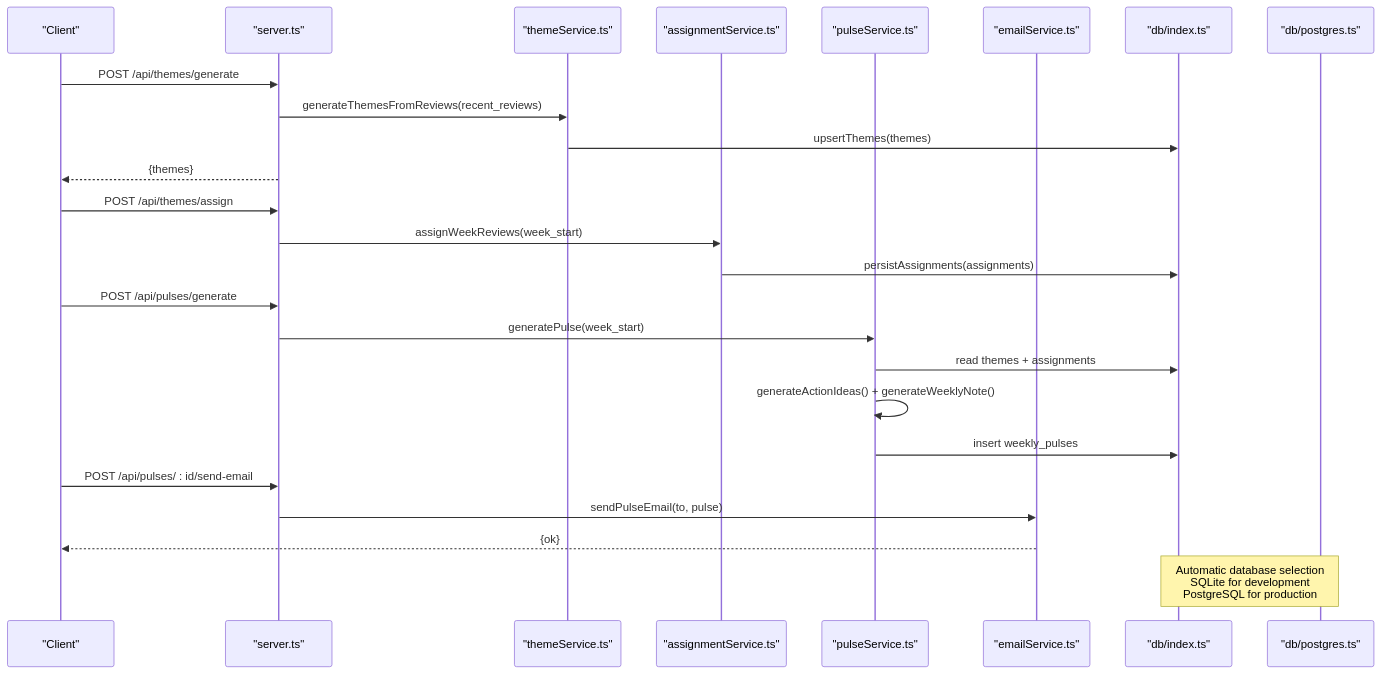
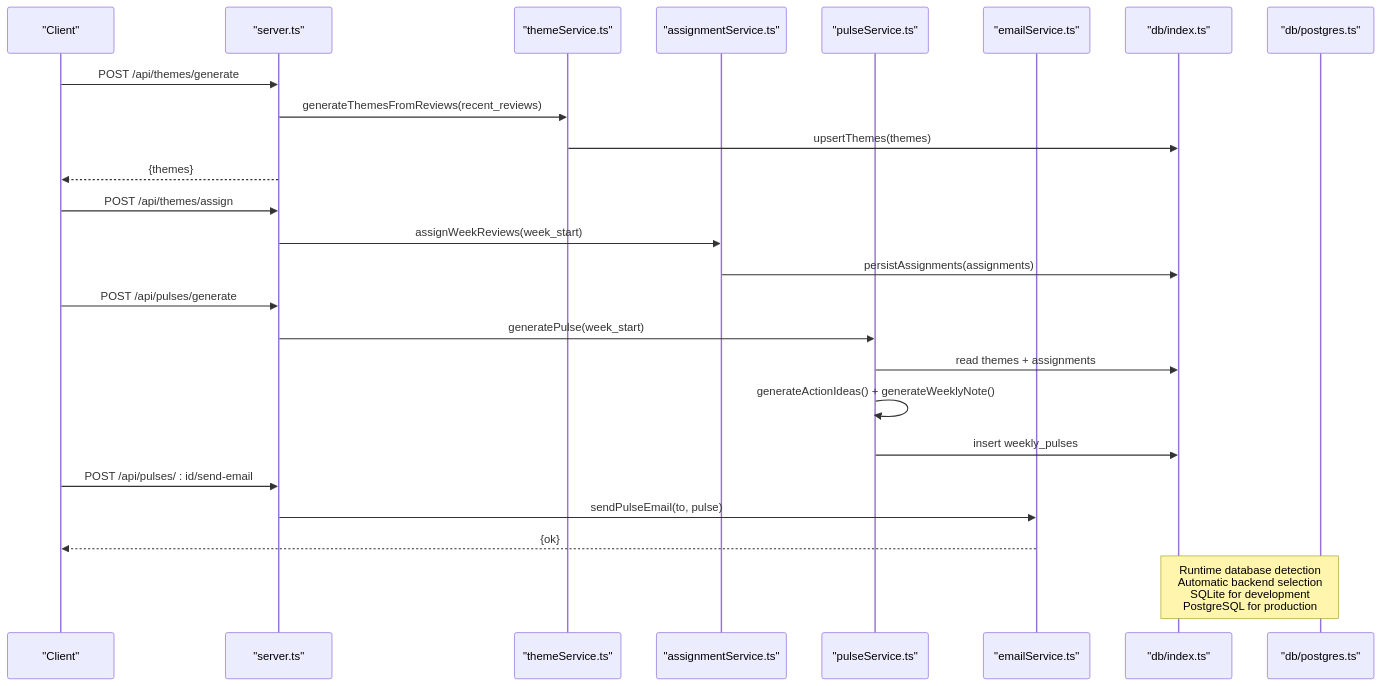
One commit to aravinthraj-ramalingam/Groww-App-Review-Insights-Analyzer- changed the second of 14 diagrams in .qoder/repowiki/en/content/Phase 2_ Advanced Analytics & Automation/Phase 2_ Advanced Analytics & Automation.md. Above: the diagram before and after it, drawn with Mermaid. The commit also changed other lines of this file and 4 other files, not shown here.

Commit message:
Add PostgreSQL support to reviews endpoint

````diff
--- a/.qoder/repowiki/en/content/Phase 2_ Advanced Analytics & Automation/Phase 2_ Advanced Analytics & Automation.md
+++ b/.qoder/repowiki/en/content/Phase 2_ Advanced Analytics & Automation/Phase 2_ Advanced Analytics & Automation.md
@@ -180,27 +186,27 @@
 ```mermaid
 sequenceDiagram
 participant Client as "Client"
 participant API as "server.ts"
 participant Theme as "themeService.ts"
 participant Assign as "assignmentService.ts"
 participant Pulse as "pulseService.ts"
 participant Email as "emailService.ts"
 participant DB as "db/index.ts"
 participant PG as "db/postgres.ts"
 Client->>API : POST /api/themes/generate
 API->>Theme : generateThemesFromReviews(recent_reviews)
 Theme->>DB : upsertThemes(themes)
 API-->>Client : {themes}
 Client->>API : POST /api/themes/assign
 API->>Assign : assignWeekReviews(week_start)
 Assign->>DB : persistAssignments(assignments)
 Client->>API : POST /api/pulses/generate
 API->>Pulse : generatePulse(week_start)
 Pulse->>DB : read themes + assignments
 Pulse->>Pulse : generateActionIdeas() + generateWeeklyNote()
 Pulse->>DB : insert weekly_pulses
 Client->>API : POST /api/pulses/ : id/send-email
 API->>Email : sendPulseEmail(to, pulse)
 Email-->>Client : {ok}
-Note over DB,PG : Automatic database selection<br/>SQLite for development<br/>PostgreSQL for production
+Note over DB,PG : Runtime database detection<br/>Automatic backend selection<br/>SQLite for development<br/>PostgreSQL for production
 ```
````
